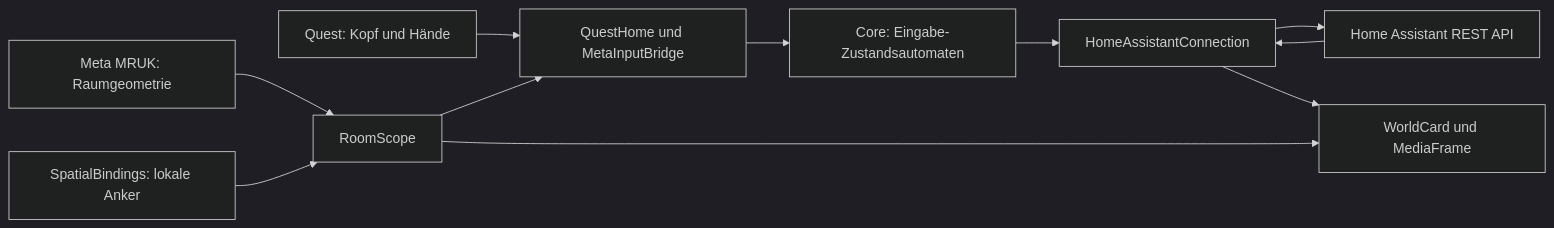
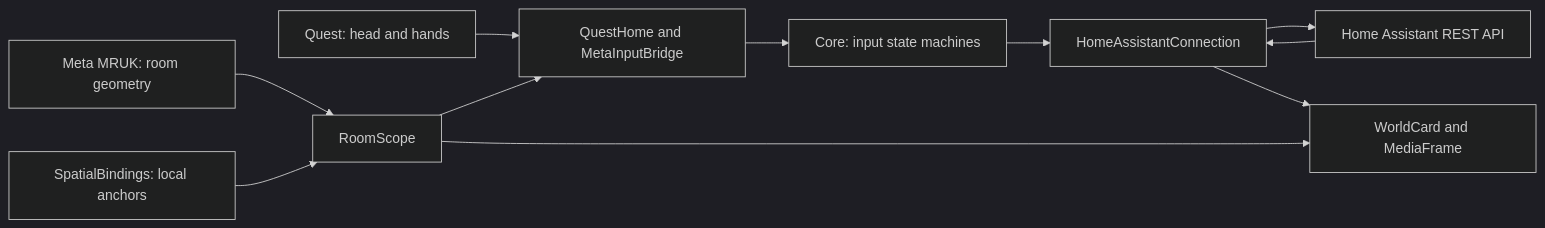
One commit to AlexRosbach/HAgoesQuest changed the diagram in docs/documentation.md. Above: the diagram before and after it, drawn with Mermaid (dark theme). The commit also changed other lines of this file and 28 other files, not shown here.

````diff
--- a/docs/documentation.md
+++ b/docs/documentation.md
@@ -19,13 +19,13 @@
 ```mermaid
 flowchart LR
-    Input[Quest: Kopf und Hände] --> UI[QuestHome und MetaInputBridge]
-    UI --> Gates[Core: Eingabe-Zustandsautomaten]
+    Input[Quest: head and hands] --> UI[QuestHome and MetaInputBridge]
+    UI --> Gates[Core: input state machines]
     Gates --> HA[HomeAssistantConnection]
     HA --> Server[Home Assistant REST API]
     Server --> HA
-    HA --> Cards[WorldCard und MediaFrame]
-    MRUK[Meta MRUK: Raumgeometrie] --> Scope[RoomScope]
-    Anchors[SpatialBindings: lokale Anker] --> Scope
+    HA --> Cards[WorldCard and MediaFrame]
+    MRUK[Meta MRUK: room geometry] --> Scope[RoomScope]
+    Anchors[SpatialBindings: local anchors] --> Scope
     Scope --> UI
     Scope --> Cards
 ```
````
